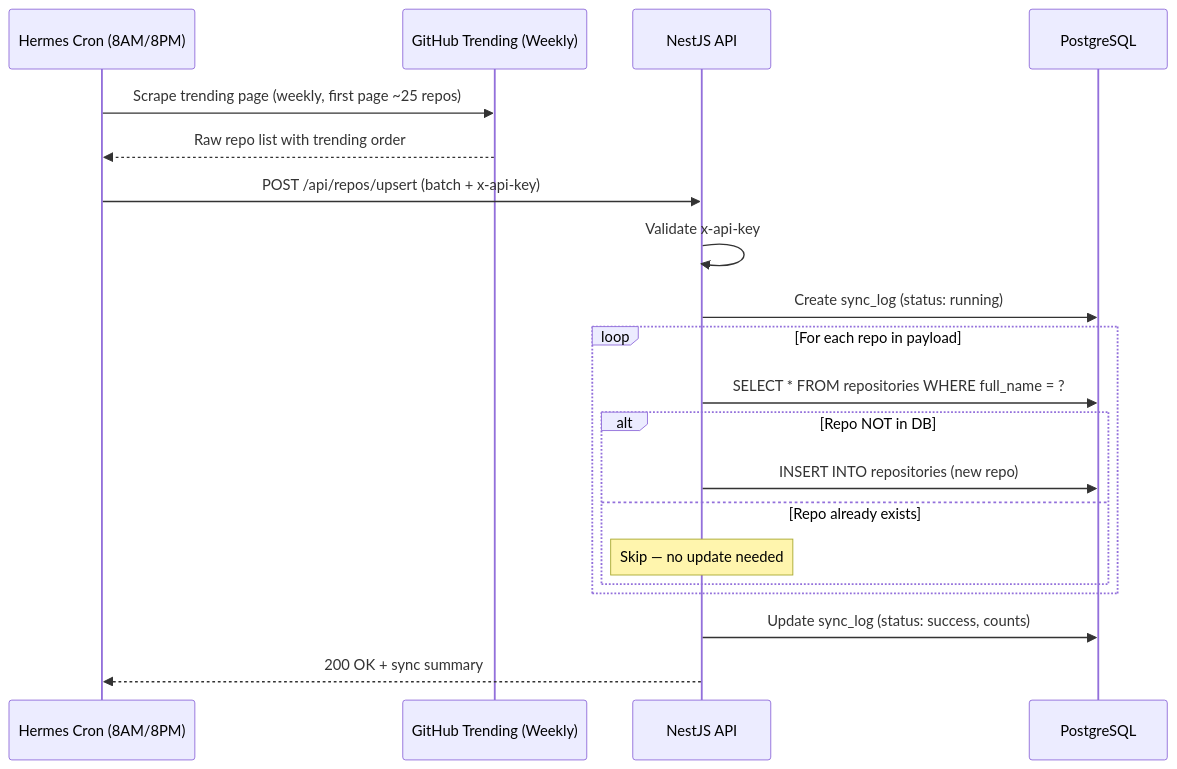
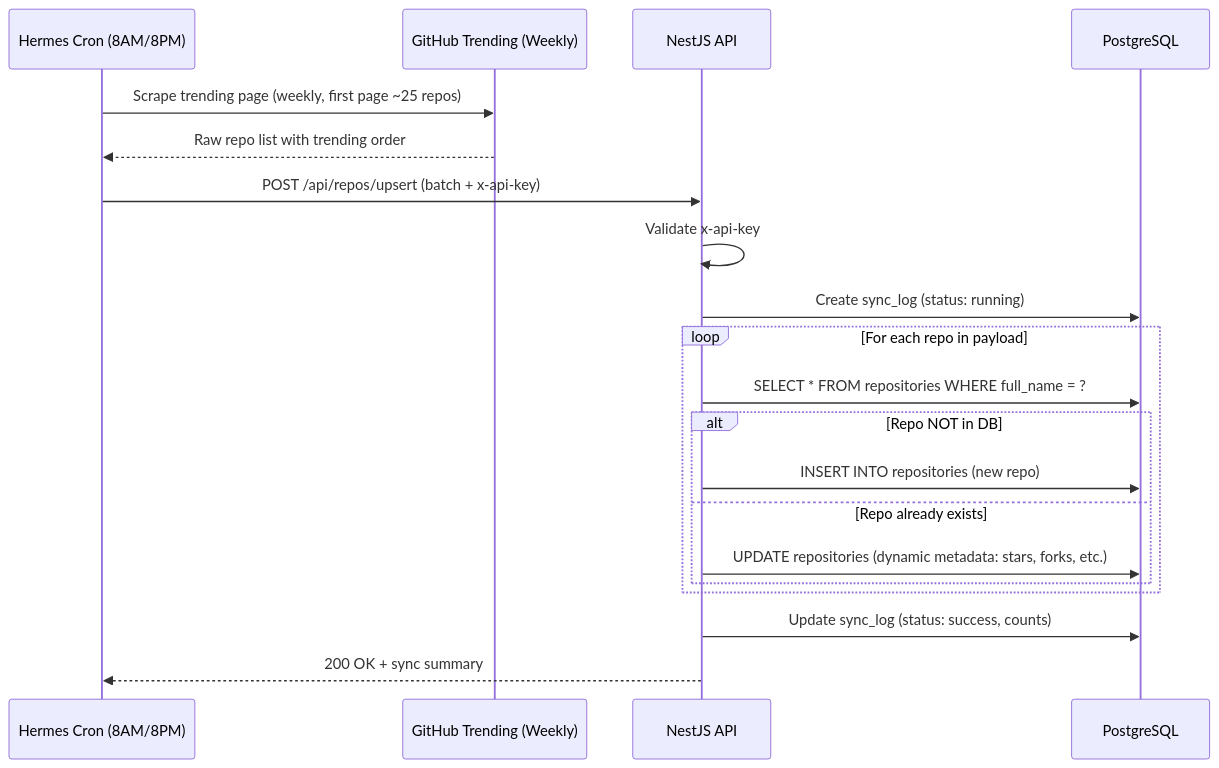
The diagram in docs/architecture/repo-sync-lifecycle.md (thangvq95/thangvq-digital-hub), drawn with Mermaid before and after one commit. The commit also changed other lines of this file and 4 other files, not shown here.

````diff
--- a/docs/architecture/repo-sync-lifecycle.md
+++ b/docs/architecture/repo-sync-lifecycle.md
@@ -18,23 +18,23 @@
 ```mermaid
 sequenceDiagram
     participant HC as Hermes Cron (8AM/8PM)
     participant GH as GitHub Trending (Weekly)
     participant BE as NestJS API
     participant DB as PostgreSQL
 
     HC->>GH: Scrape trending page (weekly, first page ~25 repos)
     GH-->>HC: Raw repo list with trending order
     HC->>BE: POST /api/repos/upsert (batch + x-api-key)
     BE->>BE: Validate x-api-key
     BE->>DB: Create sync_log (status: running)
     loop For each repo in payload
         BE->>DB: SELECT * FROM repositories WHERE full_name = ?
         alt Repo NOT in DB
             BE->>DB: INSERT INTO repositories (new repo)
         else Repo already exists
-            Note over BE: Skip — no update needed
+            BE->>DB: UPDATE repositories (dynamic metadata: stars, forks, etc.)
         end
     end
     BE->>DB: Update sync_log (status: success, counts)
     BE-->>HC: 200 OK + sync summary
 ```
````
